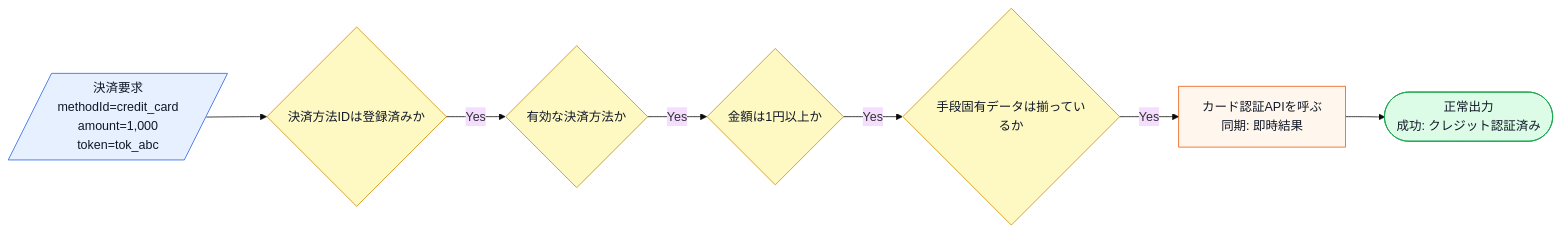
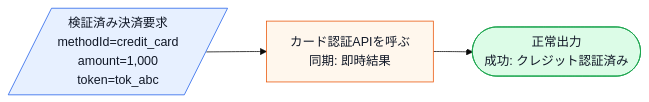
Before and after one commit to kumachan1101-pixel/DesignPattern: the second of 13 diagrams in kindle/design-patterns/output/chapter08.md, drawn with Mermaid (base theme). The commit also changed other lines of this file and 21 other files, not shown here.

````diff
--- a/kindle/design-patterns/output/chapter08.md
+++ b/kindle/design-patterns/output/chapter08.md
@@ -123,14 +123,10 @@
 ```mermaid
 flowchart LR
-    A[/決済要求<br>methodId=credit_card<br>amount=1,000<br>token=tok_abc/]:::input --> B{決済方法IDは登録済みか}:::decision
-    B -->|Yes| C{有効な決済方法か}:::decision
-    C -->|Yes| D{金額は1円以上か}:::decision
-    D -->|Yes| E{手段固有データは揃っているか}:::decision
-    E -->|Yes| F[カード認証APIを呼ぶ<br>同期: 即時結果]:::process
+    A[/検証済み決済要求<br>methodId=credit_card<br>amount=1,000<br>token=tok_abc/]:::input --> F[カード認証APIを呼ぶ<br>同期: 即時結果]:::process
     F --> G([正常出力<br>成功: クレジット認証済み]):::normal
 
     classDef input fill:#e7f0ff,stroke:#2563eb,color:#111827;
     classDef process fill:#fff7ed,stroke:#ea580c,color:#111827;
     classDef decision fill:#fef9c3,stroke:#ca8a04,color:#111827;
     classDef normal fill:#dcfce7,stroke:#16a34a,color:#111827;
 ```
````
